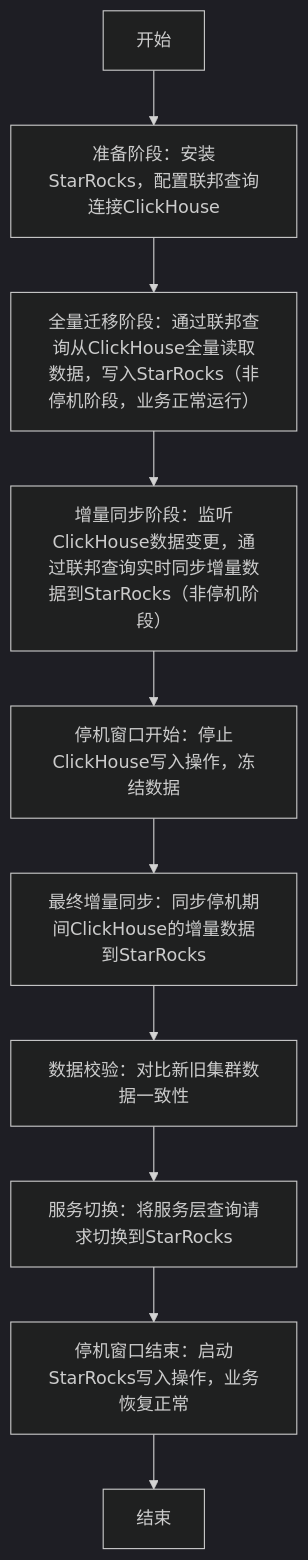
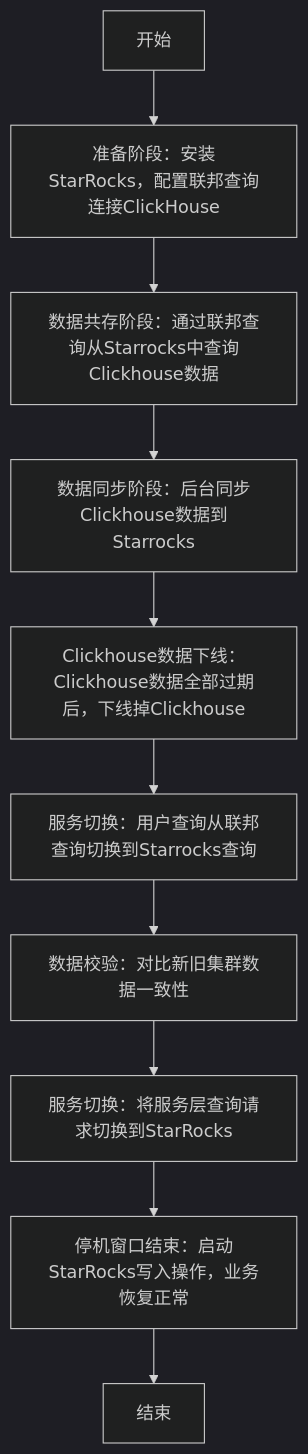
One commit to oabao/gpt_desigin changed the second of 8 diagrams in StarRocks集群替换ClickHouse技术方案设计文档.md. Above: the diagram before and after it, drawn with Mermaid (dark theme). The commit also changed other lines of this file, not shown here.

````diff
--- a/StarRocks集群替换ClickHouse技术方案设计文档.md
+++ b/StarRocks集群替换ClickHouse技术方案设计文档.md
@@ -128,12 +129,12 @@
     ```mermaid
     graph TD
         Start[开始] --> A1[准备阶段：安装StarRocks，配置联邦查询连接ClickHouse]
-        A1 --> A2[全量迁移阶段：通过联邦查询从ClickHouse全量读取数据，写入StarRocks（非停机阶段，业务正常运行）]
-        A2 --> A3[增量同步阶段：监听ClickHouse数据变更，通过联邦查询实时同步增量数据到StarRocks（非停机阶段）]
-        A3 --> A4[停机窗口开始：停止ClickHouse写入操作，冻结数据]
-        A4 --> A5[最终增量同步：同步停机期间ClickHouse的增量数据到StarRocks]
+        A1 --> A2[数据共存阶段：通过联邦查询从Starrocks中查询Clickhouse数据]
+        A2 --> A3[数据同步阶段：后台同步Clickhouse数据到Starrocks]
+        A3 --> A4[Clickhouse数据下线：Clickhouse数据全部过期后，下线掉Clickhouse]
+        A4 --> A5[服务切换：用户查询从联邦查询切换到Starrocks查询]
         A5 --> A6[数据校验：对比新旧集群数据一致性]
         A6 --> A7[服务切换：将服务层查询请求切换到StarRocks]
         A7 --> A8[停机窗口结束：启动StarRocks写入操作，业务恢复正常]
         A8 --> End[结束]
     ```
````
